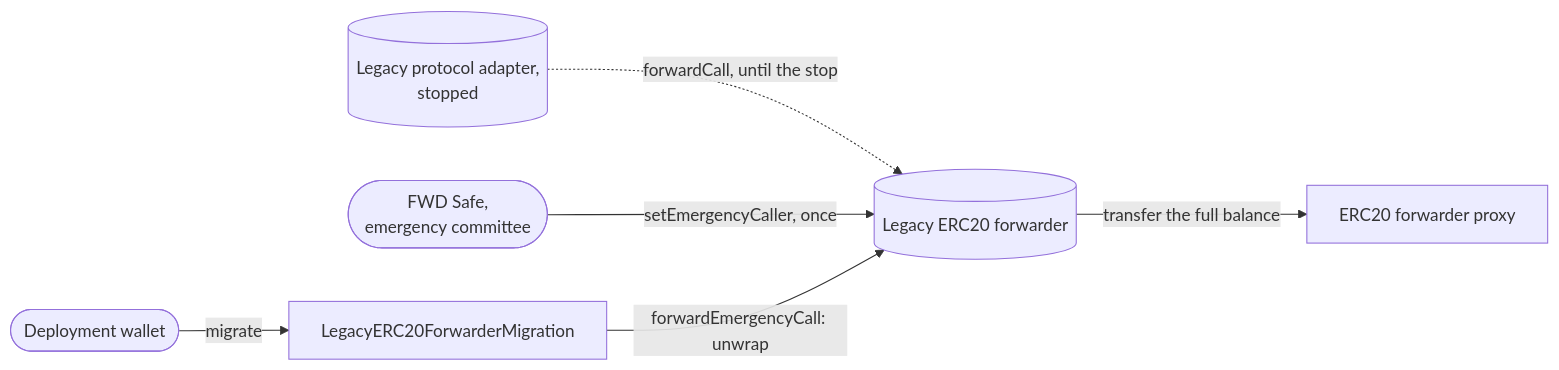
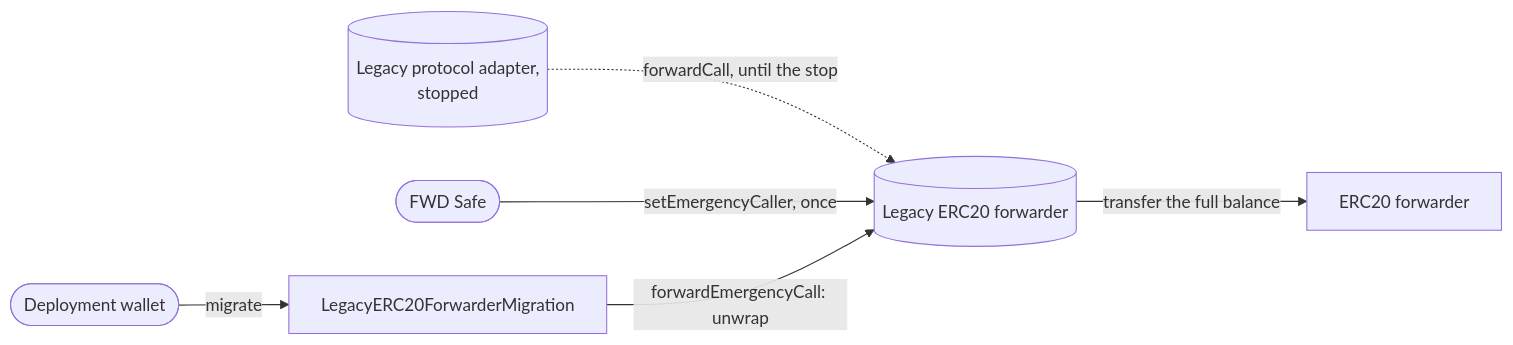
One commit to anoma/anomapay-erc20-forwarder changed the first of 2 diagrams in docs/01-asset-migration.md. Above: the diagram before and after it, drawn with Mermaid. The commit also changed other lines of this file and 5 other files, not shown here.

````diff
--- a/docs/01-asset-migration.md
+++ b/docs/01-asset-migration.md
@@ -27,15 +17,15 @@
 ```mermaid
 flowchart LR
-    fwdSafe([FWD Safe,<br/>emergency committee])
+    fwdSafe([FWD Safe])
     wallet([Deployment wallet])
     legacyPa[(Legacy protocol adapter,<br/>stopped)]
     legacyFwd[(Legacy ERC20 forwarder)]
     migration[LegacyERC20ForwarderMigration]
-    fwd[ERC20 forwarder proxy]
+    fwd[ERC20 forwarder]
 
     legacyPa -.->|forwardCall, until the stop| legacyFwd
     fwdSafe -->|setEmergencyCaller, once| legacyFwd
     wallet -->|migrate| migration
     migration -->|forwardEmergencyCall: unwrap| legacyFwd
     legacyFwd -->|transfer the full balance| fwd
 ```
````
